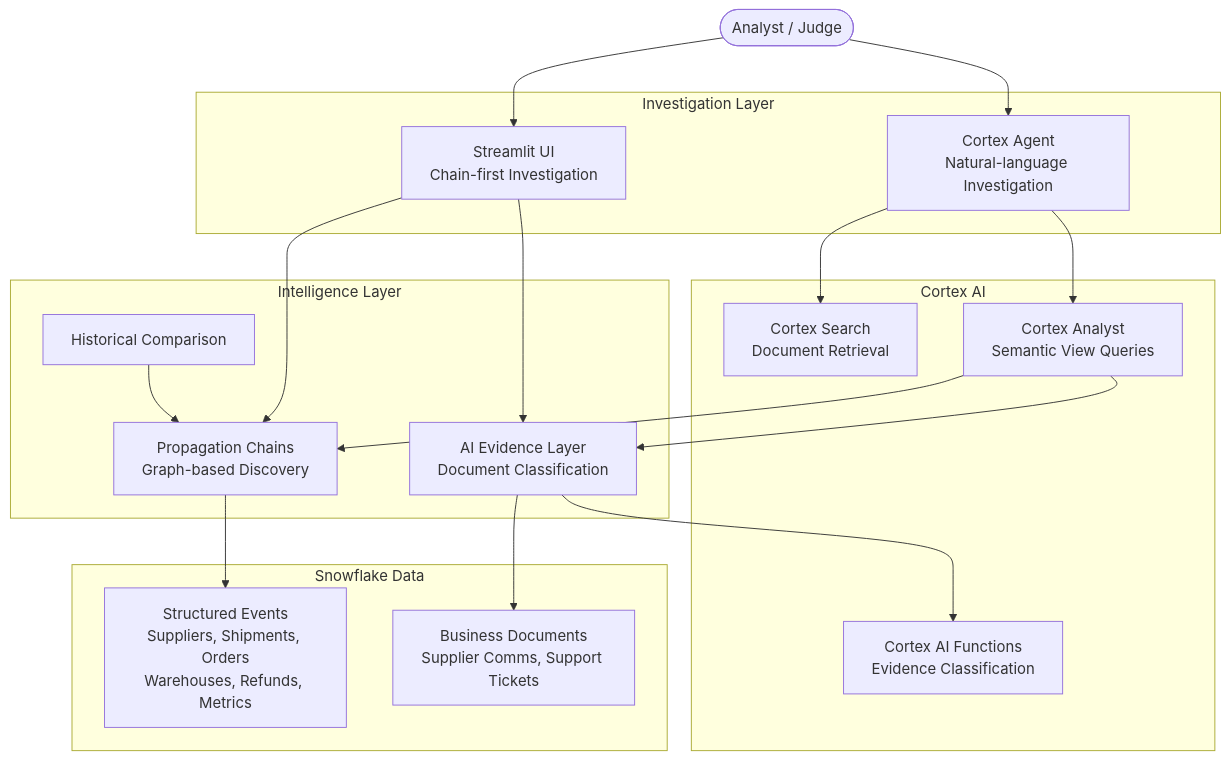
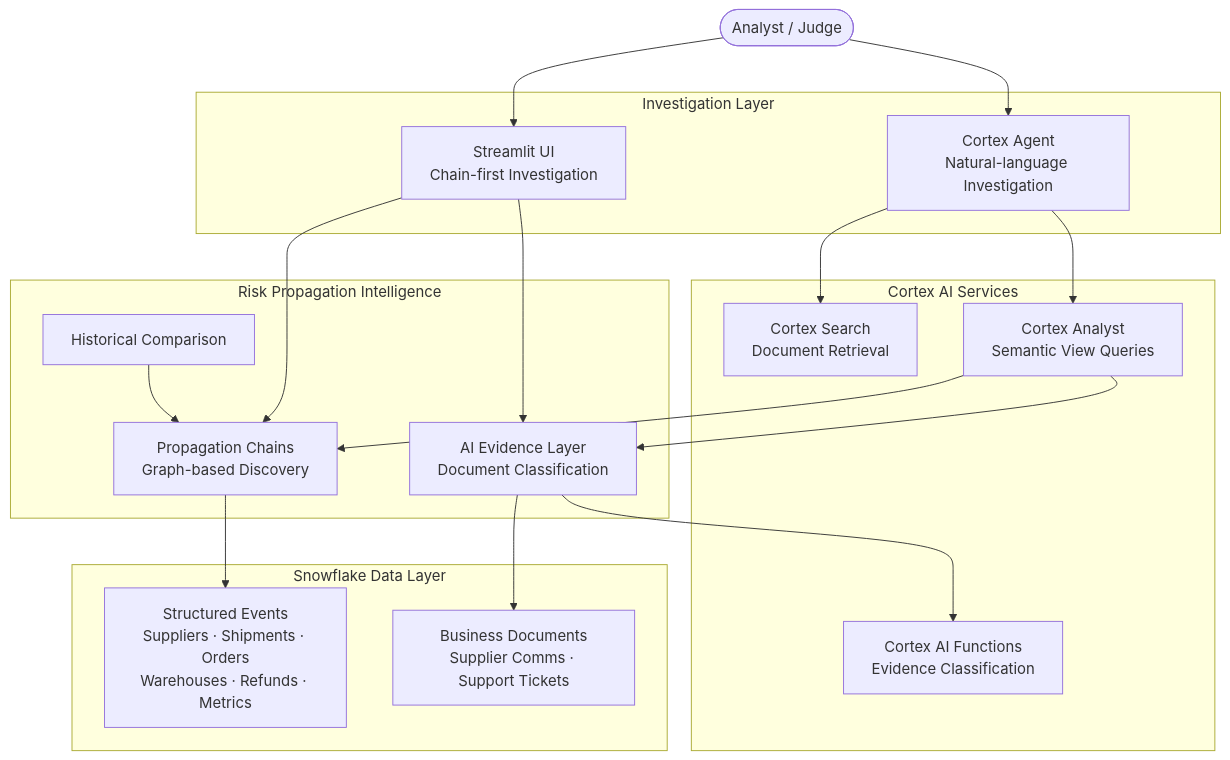
Before and after one commit to Srushti-9/propagate-snowflake-coco: the diagram in README.md, drawn with Mermaid. The commit also changed other lines of this file, not shown here.

First line of the commit message:
docs: position README for Risk, Fraud & Regulatory Intelligence challenge

````diff
--- a/README.md
+++ b/README.md
@@ -196,39 +176,39 @@
 ```mermaid
 graph TB
     User([Analyst / Judge])
 
     subgraph "Investigation Layer"
         SUI[Streamlit UI<br/>Chain-first Investigation]
         AGT[Cortex Agent<br/>Natural-language Investigation]
     end
 
-    subgraph "Intelligence Layer"
+    subgraph "Risk Propagation Intelligence"
         CHN[Propagation Chains<br/>Graph-based Discovery]
         EVD[AI Evidence Layer<br/>Document Classification]
         HST[Historical Comparison]
     end
 
-    subgraph "Cortex AI"
+    subgraph "Cortex AI Services"
         CSS[Cortex Search<br/>Document Retrieval]
         CAI[Cortex AI Functions<br/>Evidence Classification]
         CAN[Cortex Analyst<br/>Semantic View Queries]
     end
 
-    subgraph "Snowflake Data"
-        CORE[Structured Events<br/>Suppliers, Shipments, Orders<br/>Warehouses, Refunds, Metrics]
-        DOCS[Business Documents<br/>Supplier Comms, Support Tickets]
+    subgraph "Snowflake Data Layer"
+        CORE[Structured Events<br/>Suppliers · Shipments · Orders<br/>Warehouses · Refunds · Metrics]
+        DOCS[Business Documents<br/>Supplier Comms · Support Tickets]
     end
 
     User --> SUI
     User --> AGT
     AGT --> CAN
     AGT --> CSS
     SUI --> CHN
     SUI --> EVD
     CHN --> CORE
     EVD --> CAI
     EVD --> DOCS
     HST --> CHN
     CAN --> CHN
     CAN --> EVD
 ```
````
